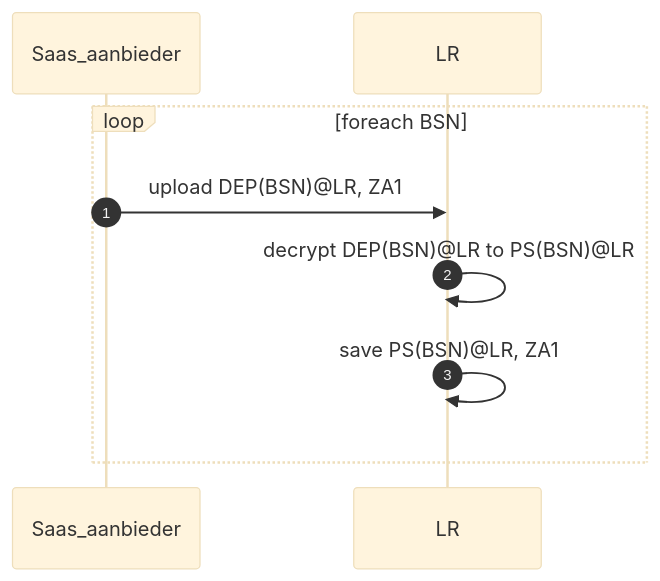
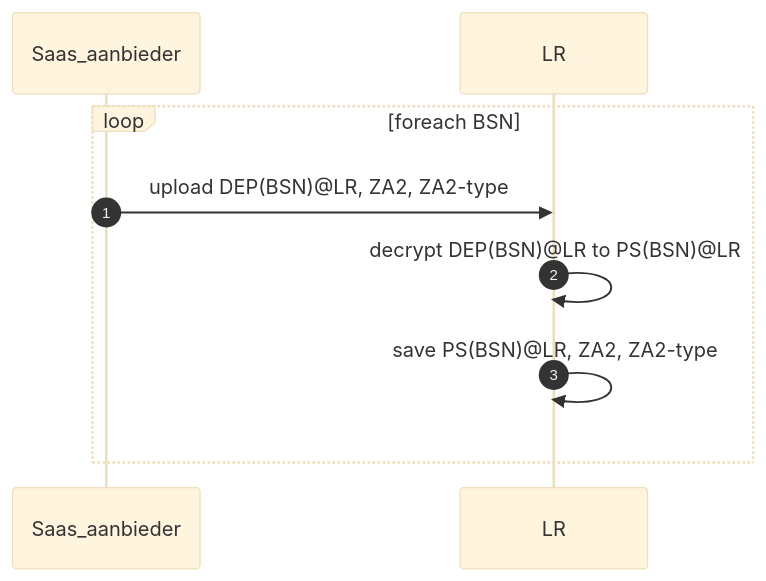
Before and after one commit to minvws/generiekefuncties-lokalisatie: the third of 6 diagrams in architectuur/sequentie-diagrammen.md, drawn with Mermaid (base theme). The commit also changed other lines of this file, not shown here.

````diff
--- a/architectuur/sequentie-diagrammen.md
+++ b/architectuur/sequentie-diagrammen.md
@@ -33,9 +36,9 @@
 ```mermaid
 sequenceDiagram
 autonumber
 loop foreach BSN
-  Saas_aanbieder ->> LR: upload DEP(BSN)@LR, ZA1
+  Saas_aanbieder ->> LR: upload DEP(BSN)@LR, ZA2, ZA2-type
   LR ->> LR: decrypt DEP(BSN)@LR to PS(BSN)@LR
-  LR ->> LR: save PS(BSN)@LR, ZA1
+  LR ->> LR: save PS(BSN)@LR, ZA2, ZA2-type
 end
 ```
````
